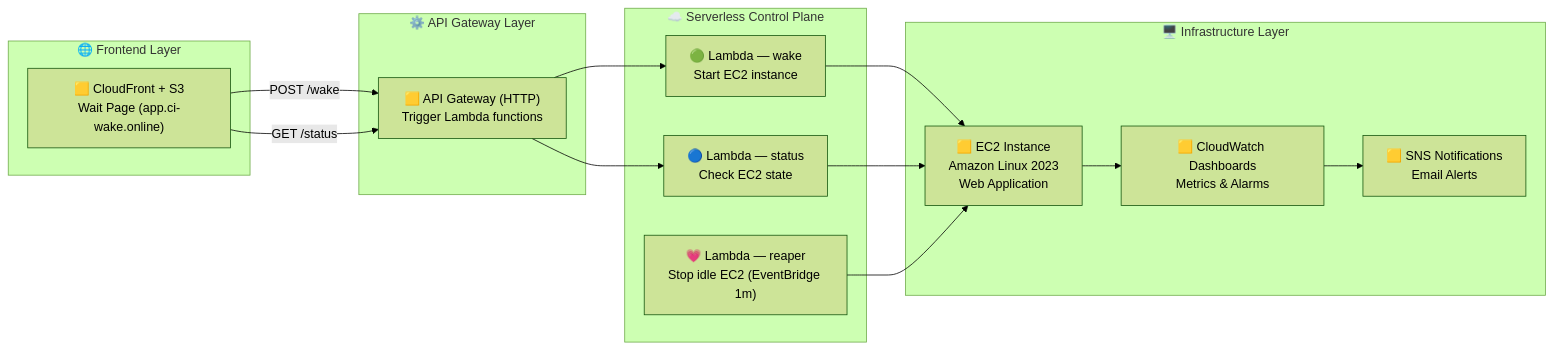
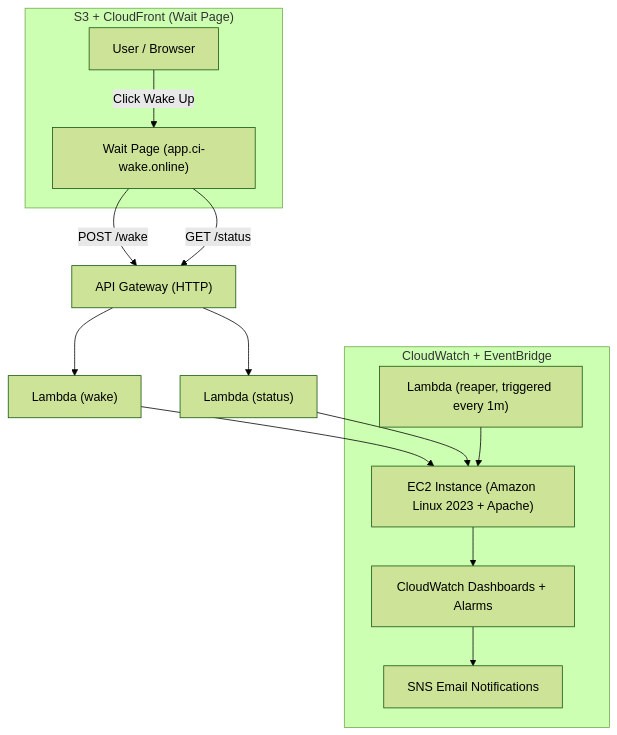
One commit to rusets/CI-CD-Pipeline-for-Application-Deployment changed the diagram in README.md. Above: the diagram before and after it, drawn with Mermaid (forest theme). The commit also changed other lines of this file, not shown here.

Commit message:
📝 Update README.md — full project description & architecture

````diff
--- a/README.md
+++ b/README.md
@@ -34,40 +29,21 @@
 ```mermaid
-flowchart LR
-  %% === Frontend Section ===
-  subgraph Frontend["🌐 Frontend Layer"]
-    A["🟨 CloudFront + S3<br/>Wait Page (app.ci-wake.online)"]
-  end
+flowchart TD
+    subgraph "S3 + CloudFront (Wait Page)"
+        U["User / Browser"] -->|Click Wake Up| W["Wait Page (app.ci-wake.online)"]
+    end
 
-  %% === API Section ===
-  subgraph API["⚙️ API Gateway Layer"]
-    B["🟨 API Gateway (HTTP)<br/>Trigger Lambda functions"]
-  end
+    W -->|POST /wake| API["API Gateway (HTTP)"]
+    W -->|GET /status| API
 
-  %% === Lambda Control Plane ===
-  subgraph Lambdas["☁️ Serverless Control Plane"]
-    C["🟢 Lambda — wake<br/>Start EC2 instance"]
-    D["🔵 Lambda — status<br/>Check EC2 state"]
-    F["💗 Lambda — reaper<br/>Stop idle EC2 (EventBridge 1m)"]
-  end
+    API --> Lwake["Lambda (wake)"]
+    API --> Lstatus["Lambda (status)"]
 
-  %% === Infrastructure Section ===
-  subgraph Infra["🖥️ Infrastructure Layer"]
-    E["🟨 EC2 Instance<br/>Amazon Linux 2023<br/>Web Application"]
-    G["🟨 CloudWatch Dashboards<br/>Metrics & Alarms"]
-    H["🟨 SNS Notifications<br/>Email Alerts"]
-  end
+    Lwake --> EC2["EC2 Instance (Amazon Linux 2023 + Apache)"]
+    Lstatus --> EC2
 
-  %% === Connections ===
-  A -->|POST /wake| B
-  A -->|GET /status| B
-
-  B --> C
-  B --> D
-
-  C --> E
-  D --> E
-
-  F --> E
-  E --> G
-  G --> H
+    subgraph "CloudWatch + EventBridge"
+        Lreaper["Lambda (reaper, triggered every 1m)"] --> EC2
+        EC2 --> Dash["CloudWatch Dashboards + Alarms"]
+        Dash --> SNS["SNS Email Notifications"]
+    end
 ```
````
